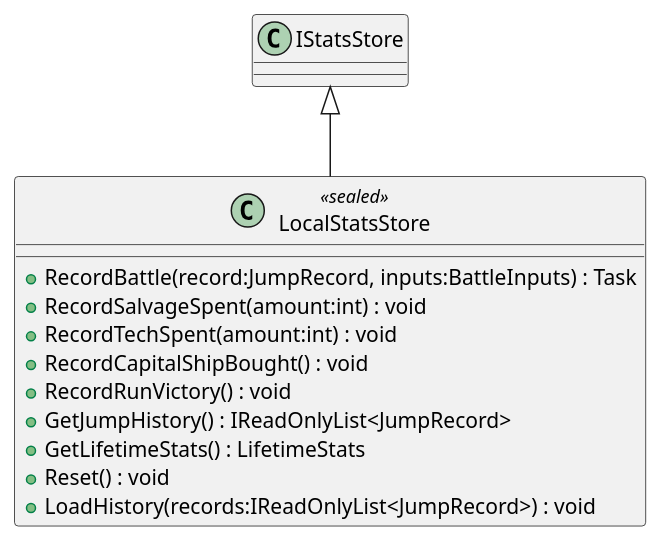
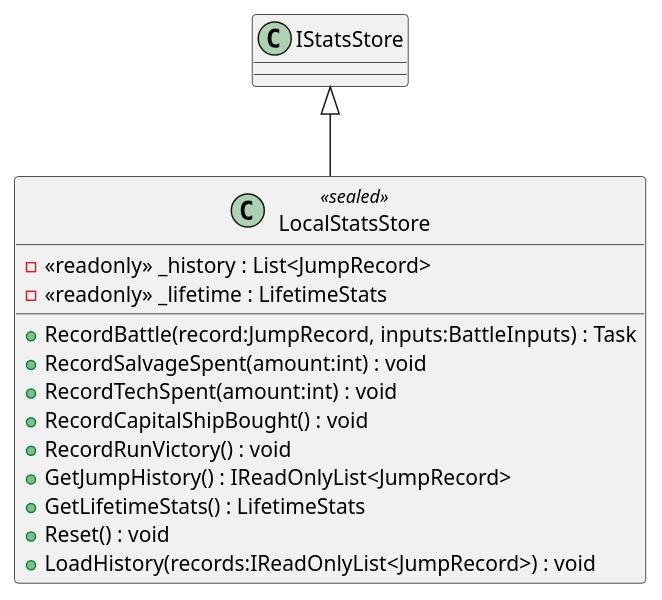
Before and after one commit to Tai-trinh/skock: the diagram in diagrams/csharp/client/src/meta/LocalStatsStore.puml, drawn with PlantUML. The commit also changed 50 other files, not shown here.

```diff
--- a/diagrams/csharp/client/src/meta/LocalStatsStore.puml
+++ b/diagrams/csharp/client/src/meta/LocalStatsStore.puml
@@ -1,14 +1,16 @@
 @startuml
 class LocalStatsStore <<sealed>> {
+    - <<readonly>> _history : List<JumpRecord>
+    - <<readonly>> _lifetime : LifetimeStats
     + RecordBattle(record:JumpRecord, inputs:BattleInputs) : Task
     + RecordSalvageSpent(amount:int) : void
     + RecordTechSpent(amount:int) : void
     + RecordCapitalShipBought() : void
     + RecordRunVictory() : void
     + GetJumpHistory() : IReadOnlyList<JumpRecord>
     + GetLifetimeStats() : LifetimeStats
     + Reset() : void
     + LoadHistory(records:IReadOnlyList<JumpRecord>) : void
 }
 IStatsStore <|-- LocalStatsStore
 @enduml
```
